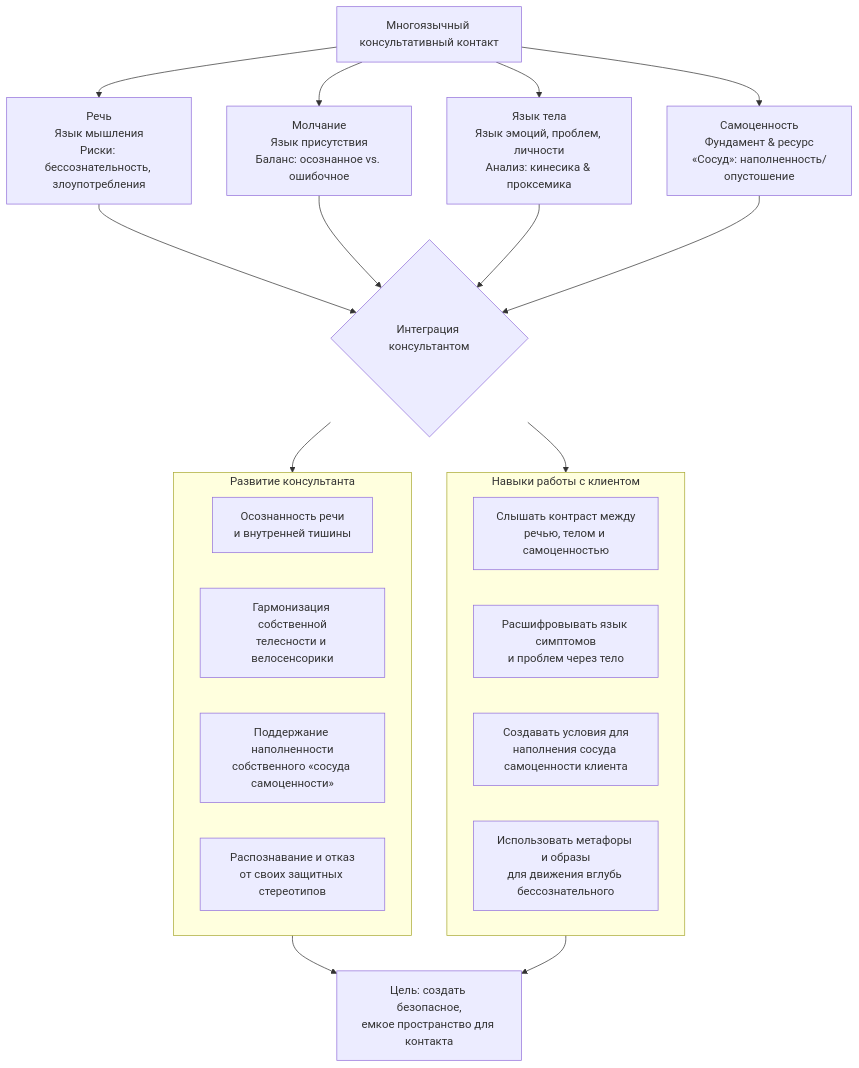
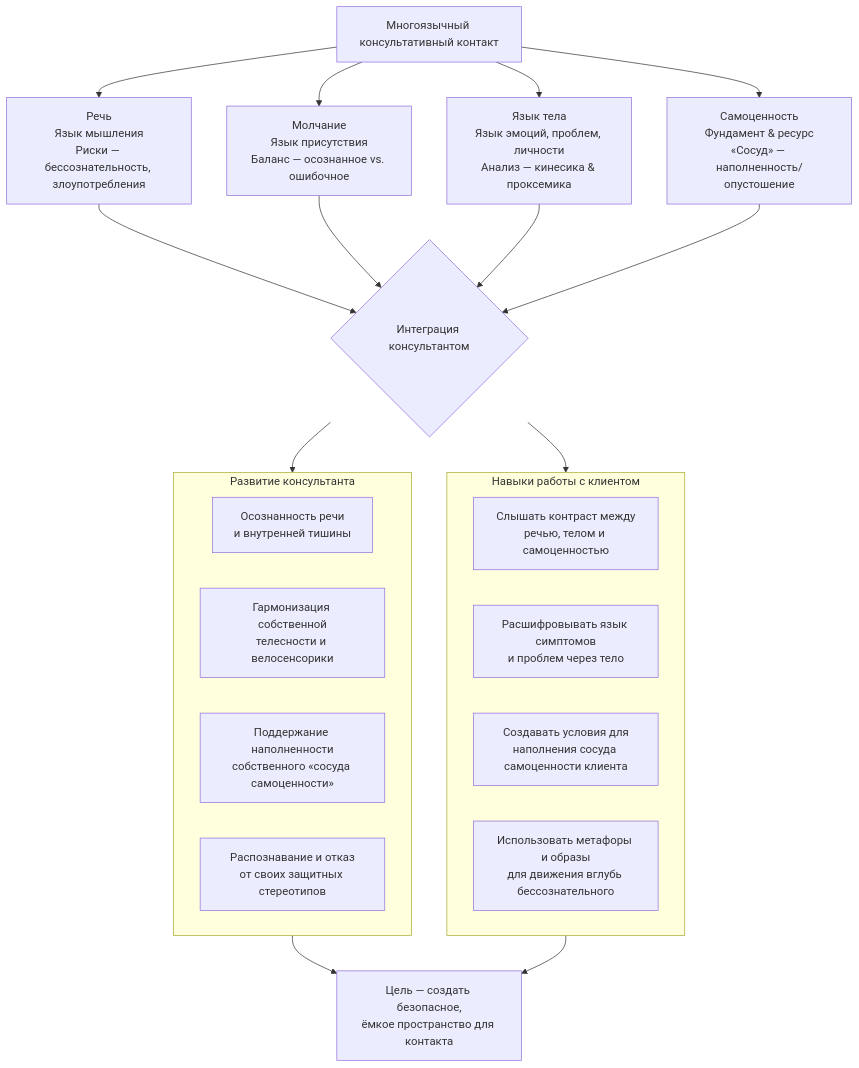
One commit to becasualle/vimutti changed the diagram in content/articles/psychology/psihologicheskoe-konsultirovanie/yazyki-kontakta-rech-telo-samotsennost.mdx. Above: the diagram before and after it, drawn with Mermaid. The commit also changed 6 other files, not shown here.

Commit message:
fixed mermaid issues and added zoom and pane

````diff
--- a/content/articles/psychology/psihologicheskoe-konsultirovanie/yazyki-kontakta-rech-telo-samotsennost.mdx
+++ b/content/articles/psychology/psihologicheskoe-konsultirovanie/yazyki-kontakta-rech-telo-samotsennost.mdx
@@ -113,29 +113,29 @@
 ```mermaid
 flowchart TD
-    A[Многоязычный консультативный контакт] --> B[Речь<br>Язык мышления<br>Риски: бессознательность, злоупотребления]
-    A --> C[Молчание<br>Язык присутствия<br>Баланс: осознанное vs. ошибочное]
-    A --> D[Язык тела<br>Язык эмоций, проблем, личности<br>Анализ: кинесика & проксемика]
-    A --> E[Самоценность<br>Фундамент & ресурс<br>«Сосуд»: наполненность/опустошение]
+    A["Многоязычный консультативный контакт"] --> B["Речь<br/>Язык мышления<br/>Риски — бессознательность, злоупотребления"]
+    A --> C["Молчание<br/>Язык присутствия<br/>Баланс — осознанное vs. ошибочное"]
+    A --> D["Язык тела<br/>Язык эмоций, проблем, личности<br/>Анализ — кинесика & проксемика"]
+    A --> E["Самоценность<br/>Фундамент & ресурс<br/>«Сосуд» — наполненность/опустошение"]
 
     B & C & D & E --> F{Интеграция консультантом}
 
     F --> G[Работа с собой]
     F --> H[Работа с клиентом]
 
     subgraph G [Развитие консультанта]
-        G1[Осознанность речи<br>и внутренней тишины]
-        G2[Гармонизация собственной<br>телесности и велосенсорики]
-        G3[Поддержание наполненности<br>собственного «сосуда самоценности»]
-        G4[Распознавание и отказ<br>от своих защитных стереотипов]
+        G1["Осознанность речи<br/>и внутренней тишины"]
+        G2["Гармонизация собственной<br/>телесности и велосенсорики"]
+        G3["Поддержание наполненности<br/>собственного «сосуда самоценности»"]
+        G4["Распознавание и отказ<br/>от своих защитных стереотипов"]
     end
 
     subgraph H [Навыки работы с клиентом]
-        H1[Слышать контраст между<br>речью, телом и самоценностью]
-        H2[Расшифровывать язык симптомов<br>и проблем через тело]
-        H3[Создавать условия для<br>наполнения сосуда самоценности клиента]
-        H4[Использовать метафоры и образы<br>для движения вглубь бессознательного]
+        H1["Слышать контраст между<br/>речью, телом и самоценностью"]
+        H2["Расшифровывать язык симптомов<br/>и проблем через тело"]
+        H3["Создавать условия для<br/>наполнения сосуда самоценности клиента"]
+        H4["Использовать метафоры и образы<br/>для движения вглубь бессознательного"]
     end
 
-    G --> I[Цель: создать безопасное,<br>емкое пространство для контакта]
+    G --> I["Цель — создать безопасное,<br/>ёмкое пространство для контакта"]
     H --> I
 ```
````
